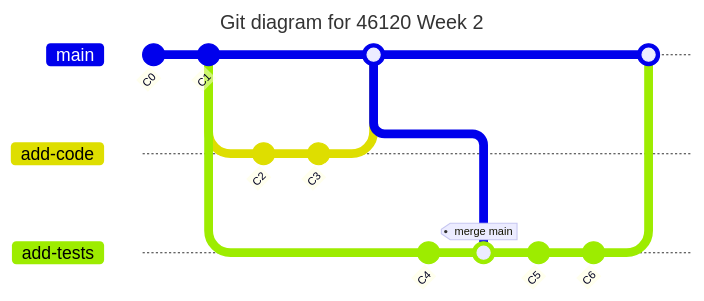
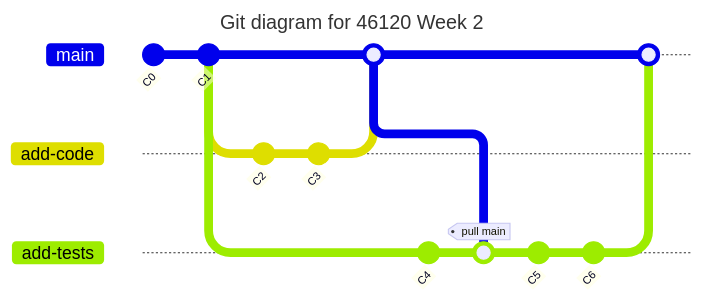
One commit to DTUWind-46120-2026/46120-PiWE changed the first of 2 diagrams in week02_functions_tests/README.md. Above: the diagram before and after it, drawn with Mermaid. The commit also changed other lines of this file, not shown here.

````diff
--- a/week02_functions_tests/README.md
+++ b/week02_functions_tests/README.md
@@ -26,30 +26,30 @@
 ```mermaid
 ---
 title: Git diagram for 46120 Week 2
 ---
 gitGraph
    commit id: "C0"
    commit id: "C1"
    branch add-code
    branch add-tests
 
    %% add-code updates
    checkout add-code
    commit id: "C2"
    commit id: "C3"
 
    %% merge add-code into main
    checkout main
    merge add-code
 
    %% add-tests updates
    checkout add-tests
    commit id: "C4"
-   merge main tag: "merge main"
+   merge main tag: "pull main"
    commit id: "C5"
    commit id: "C6"
 
    %% merge into main
    checkout main
    merge add-tests
 ```
````
